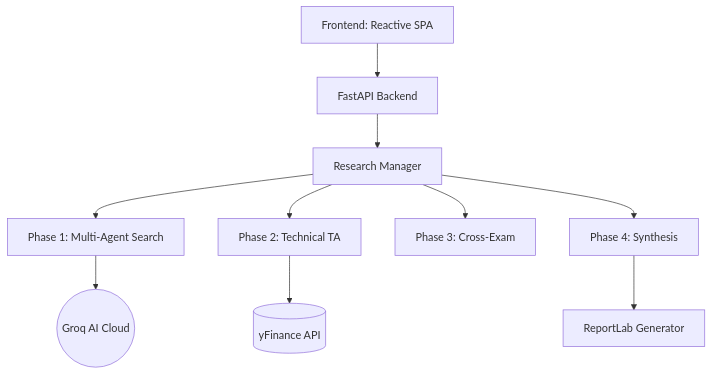
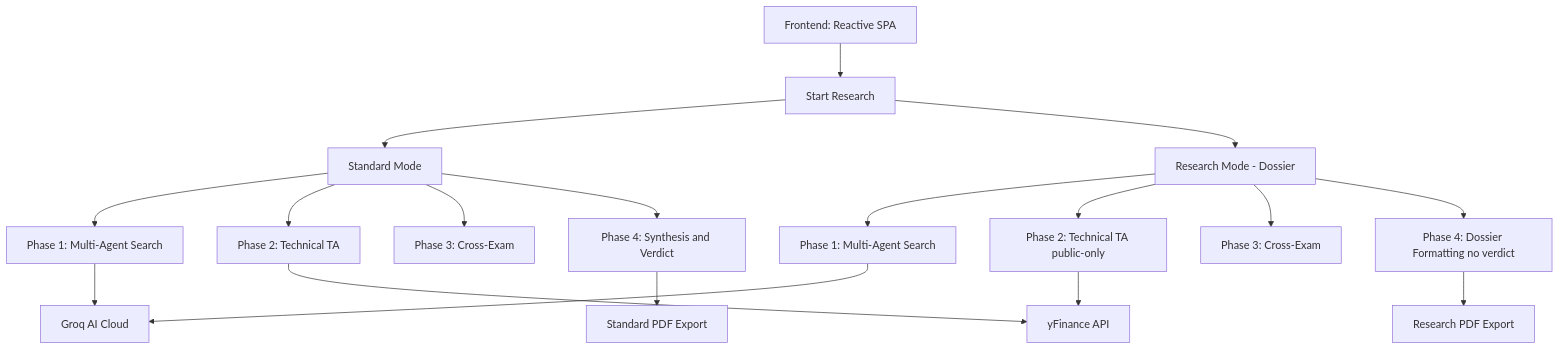
One commit to aaravg772/AlphaSwarm changed the diagram in README.md. Above: the diagram before and after it, drawn with Mermaid. The commit also changed other lines of this file, not shown here.

````diff
--- a/README.md
+++ b/README.md
@@ -41,12 +45,22 @@
 ```mermaid
 graph TD
-    UI[Frontend: Reactive SPA] --> API[FastAPI Backend]
-    API --> RM[Research Manager]
-    RM --> P1[Phase 1: Multi-Agent Search]
-    RM --> P2[Phase 2: Technical TA]
-    RM --> P3[Phase 3: Cross-Exam]
-    RM --> P4[Phase 4: Synthesis]
-    P1 --> Groq((Groq AI Cloud))
-    P2 --> YF[(yFinance API)]
-    P4 --> PDF[ReportLab Generator]
+    UI["Frontend: Reactive SPA"] --> SR["Start Research"]
+    SR --> SM["Standard Mode"]
+    SR --> RM["Research Mode - Dossier"]
+
+    SM --> S1["Phase 1: Multi-Agent Search"]
+    S1 --> GROQ["Groq AI Cloud"]
+    SM --> S2["Phase 2: Technical TA"]
+    S2 --> YF["yFinance API"]
+    SM --> S3["Phase 3: Cross-Exam"]
+    SM --> S4["Phase 4: Synthesis and Verdict"]
+    S4 --> SPDF["Standard PDF Export"]
+
+    RM --> R1["Phase 1: Multi-Agent Search"]
+    R1 --> GROQ
+    RM --> R2["Phase 2: Technical TA public-only"]
+    R2 --> YF
+    RM --> R3["Phase 3: Cross-Exam"]
+    RM --> R4["Phase 4: Dossier Formatting no verdict"]
+    R4 --> RPDF["Research PDF Export"]
 ```
````
